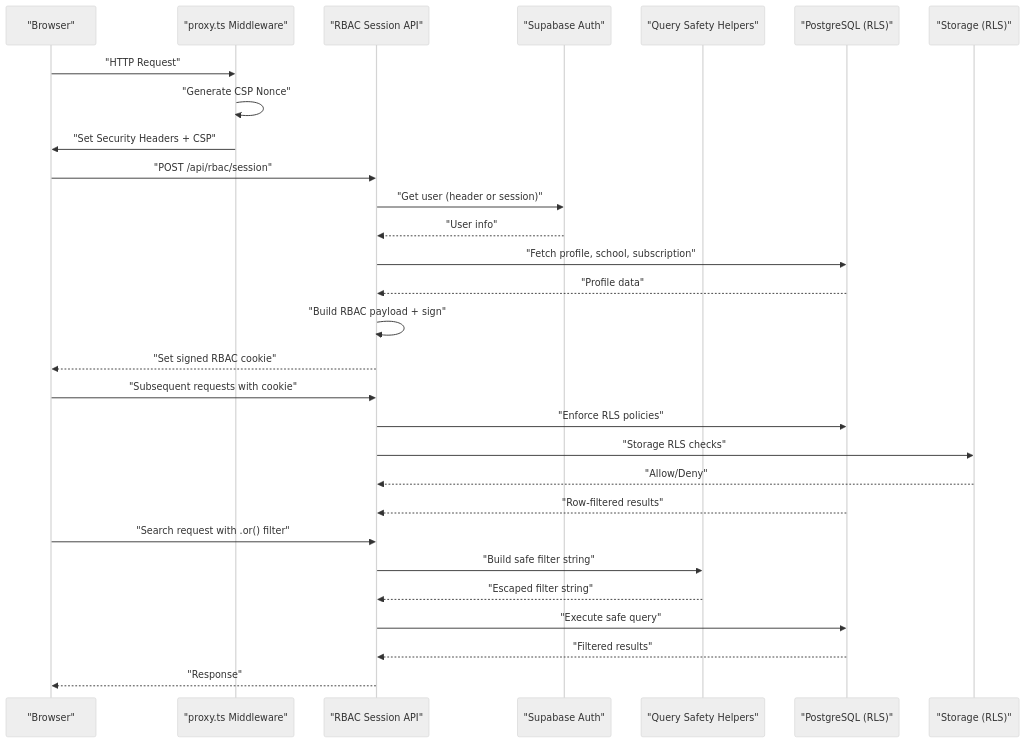
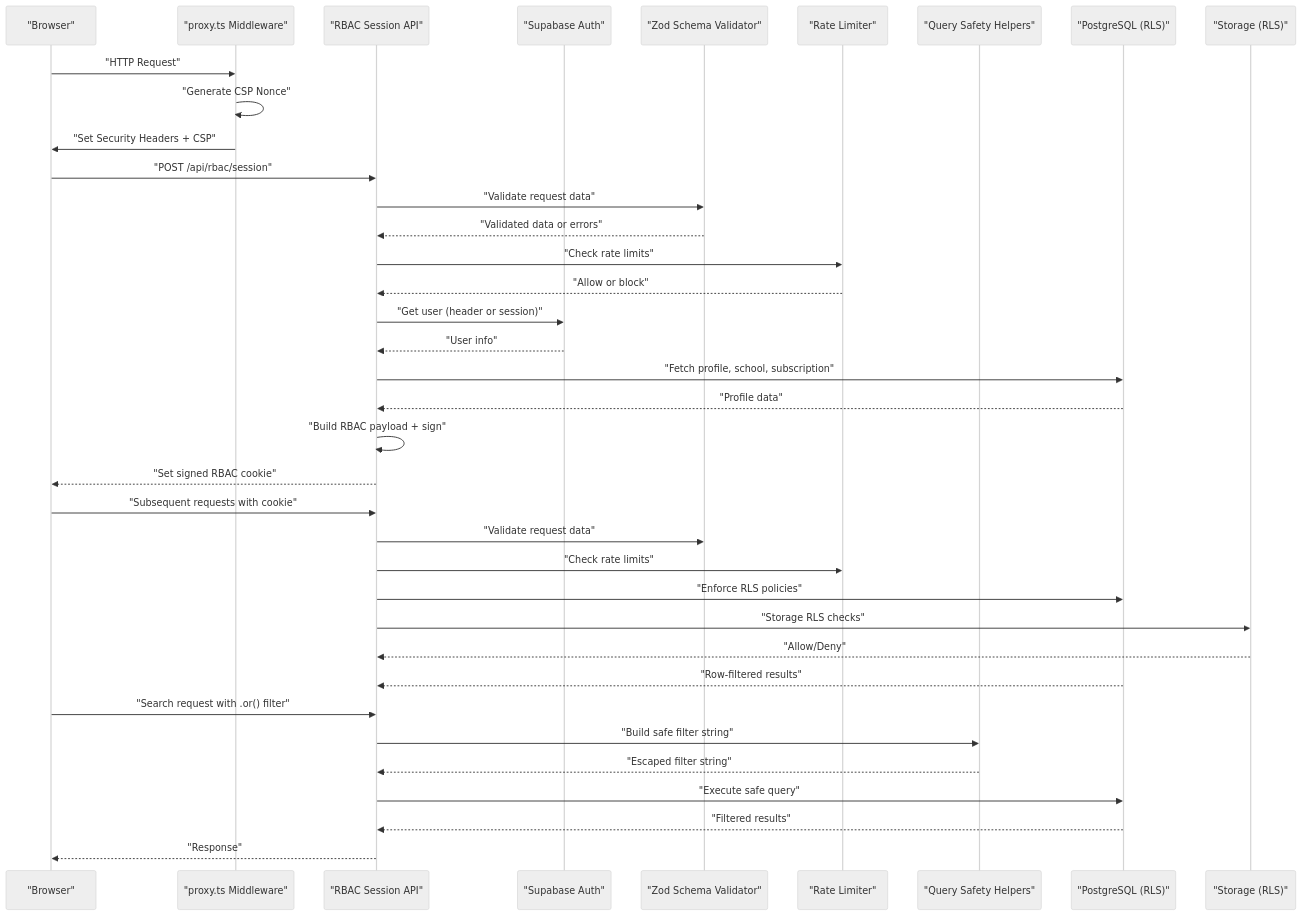
The second of 12 diagrams in .qoder/repowiki/en/content/Security Implementation/Security Implementation.md (mustafaalkusaj/appschoolmustafa2002), drawn with Mermaid (neutral theme) before and after one commit. The commit also changed other lines of this file and 32884 other files, not shown here.

````diff
--- a/.qoder/repowiki/en/content/Security Implementation/Security Implementation.md
+++ b/.qoder/repowiki/en/content/Security Implementation/Security Implementation.md
@@ -151,31 +173,39 @@
 ```mermaid
 sequenceDiagram
 participant Client as "Browser"
 participant Proxy as "proxy.ts Middleware"
 participant API as "RBAC Session API"
 participant Supabase as "Supabase Auth"
+participant SchemaValidator as "Zod Schema Validator"
+participant RateLimiter as "Rate Limiter"
 participant QueryHelpers as "Query Safety Helpers"
 participant DB as "PostgreSQL (RLS)"
 participant Storage as "Storage (RLS)"
 Client->>Proxy : "HTTP Request"
 Proxy->>Proxy : "Generate CSP Nonce"
 Proxy->>Client : "Set Security Headers + CSP"
 Client->>API : "POST /api/rbac/session"
+API->>SchemaValidator : "Validate request data"
+SchemaValidator-->>API : "Validated data or errors"
+API->>RateLimiter : "Check rate limits"
+RateLimiter-->>API : "Allow or block"
 API->>Supabase : "Get user (header or session)"
 Supabase-->>API : "User info"
 API->>DB : "Fetch profile, school, subscription"
 DB-->>API : "Profile data"
 API->>API : "Build RBAC payload + sign"
 API-->>Client : "Set signed RBAC cookie"
 Client->>API : "Subsequent requests with cookie"
+API->>SchemaValidator : "Validate request data"
+API->>RateLimiter : "Check rate limits"
 API->>DB : "Enforce RLS policies"
 API->>Storage : "Storage RLS checks"
 Storage-->>API : "Allow/Deny"
 DB-->>API : "Row-filtered results"
 Client->>API : "Search request with .or() filter"
 API->>QueryHelpers : "Build safe filter string"
 QueryHelpers-->>API : "Escaped filter string"
 API->>DB : "Execute safe query"
 DB-->>API : "Filtered results"
 API-->>Client : "Response"
 ```
````
